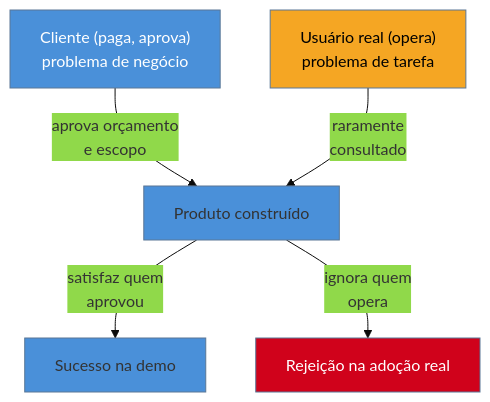
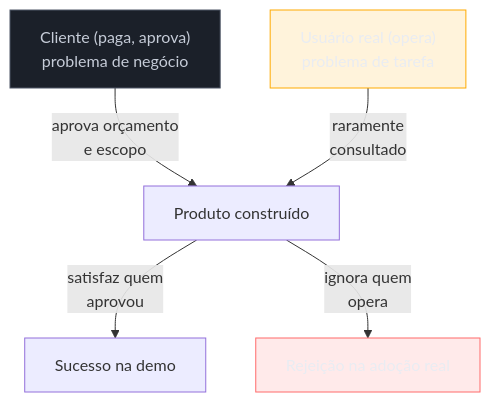
Before and after one commit to josenaldo/codex-technomanticus: the diagram in 03-Dominios/Engenharia/UX/Descoberta e Pesquisa/08 - Cliente não é usuário - a armadilha do B2B e consultoria.md, drawn with Mermaid. The commit also changed 1181 other files, not shown here.

First line of the commit message:
fix(diagramas): paleta do sistema no lugar de cor cravada no markdown

````diff
--- a/03-Dominios/Engenharia/UX/Descoberta e Pesquisa/08 - Cliente não é usuário - a armadilha do B2B e consultoria.md
+++ b/03-Dominios/Engenharia/UX/Descoberta e Pesquisa/08 - Cliente não é usuário - a armadilha do B2B e consultoria.md
@@ -27,11 +27,13 @@
 ```mermaid
-%%{init: {"theme": "base", "themeVariables": {"primaryColor": "#4A90D9"}}}%%
 graph TD
+    classDef neutro fill:#1B2029,stroke:#4E5666,color:#C6CCD8
+    classDef destaque fill:#FFAA0024,stroke:#FFAA00,color:#E9ECF2
+    classDef falha fill:#FF6B6B24,stroke:#FF6B6B,color:#E9ECF2
     C["Cliente (paga, aprova)<br/>problema de negócio"] -->|"aprova orçamento<br/>e escopo"| P["Produto construído"]
     U["Usuário real (opera)<br/>problema de tarefa"] -->|"raramente<br/>consultado"| P
     P -->|"satisfaz quem<br/>aprovou"| S["Sucesso na demo"]
     P -->|"ignora quem<br/>opera"| F["Rejeição na adoção real"]
-    style C fill:#4A90D9,color:#fff
-    style U fill:#F5A623,color:#000
-    style F fill:#D0021B,color:#fff
+    class C neutro
+    class U destaque
+    class F falha
 ```
````
